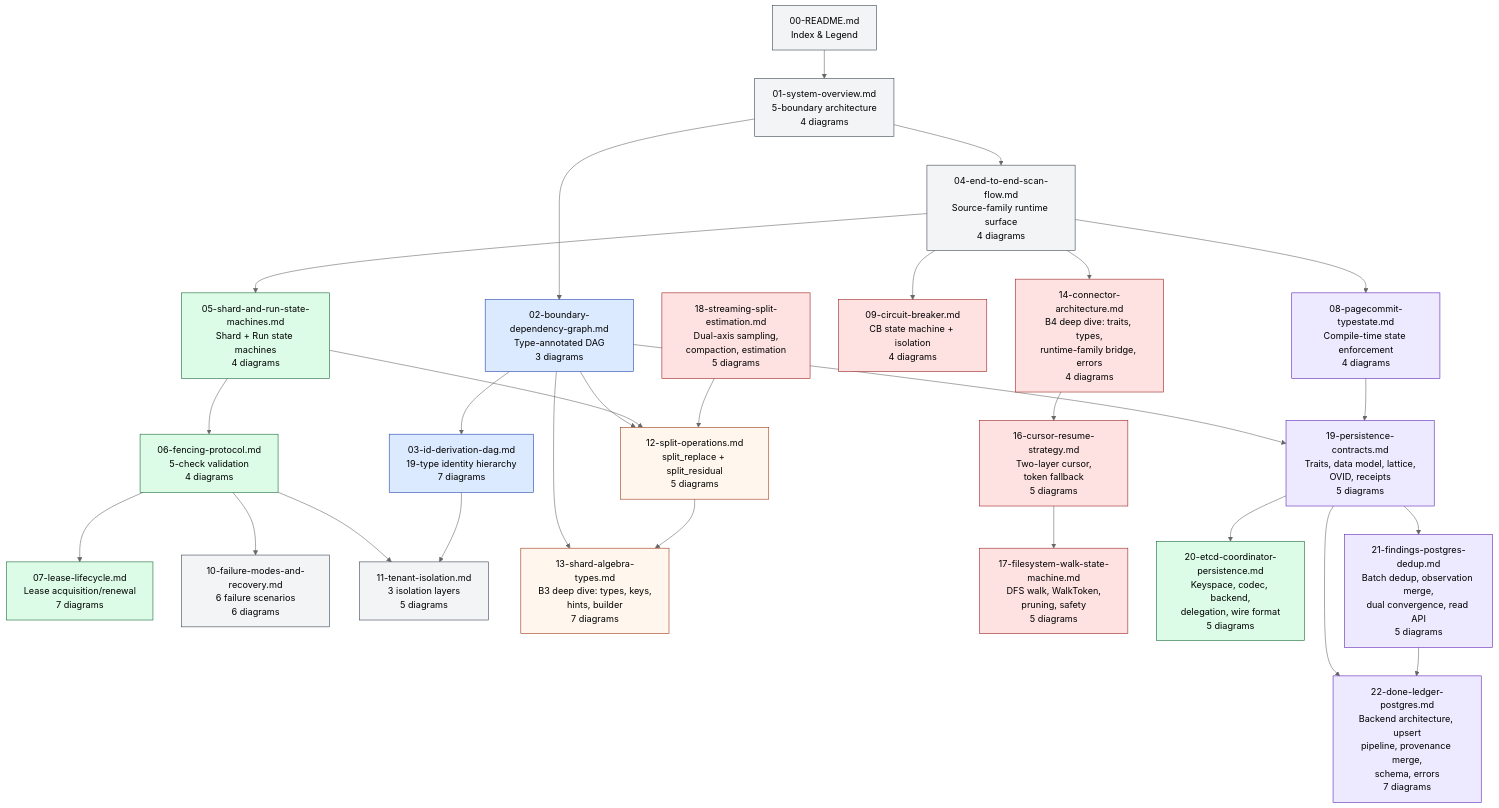
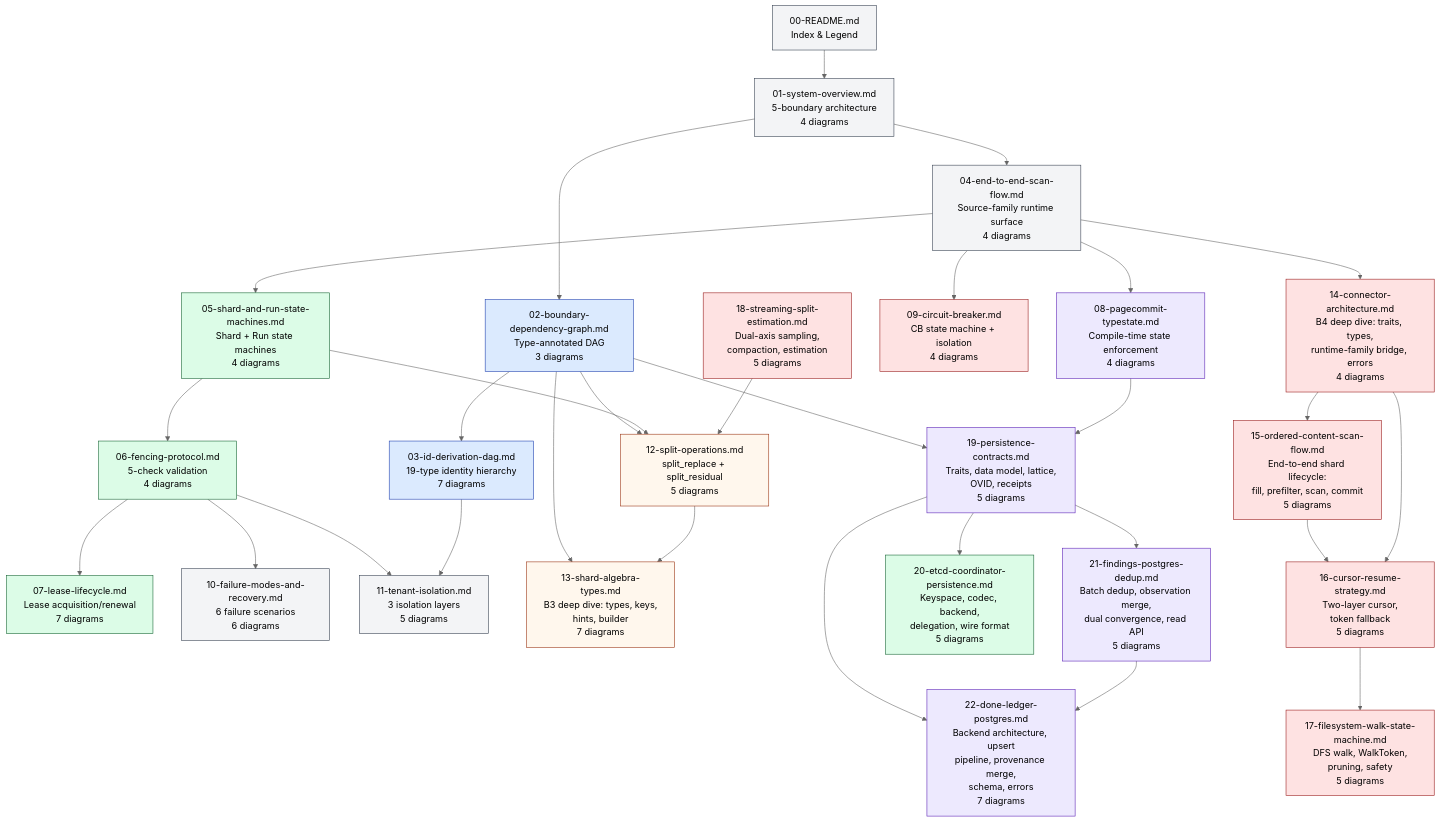
The diagram in diagrams/00-README.md (ahrav/Gossip-rs), drawn with Mermaid (neutral theme) before and after one commit. The commit also changed other lines of this file and 1 other file, not shown here.

First line of the commit message:
Add diagram 15: ordered-content scan flow end-to-end reference

```diff
--- a/diagrams/00-README.md
+++ b/diagrams/00-README.md
@@ -50,6 +50,7 @@
     SP[12-split-operations.md<br/>split_replace + split_residual<br/>5 diagrams]
     SA[13-shard-algebra-types.md<br/>B3 deep dive: types, keys,<br/>hints, builder<br/>7 diagrams]
     CA[14-connector-architecture.md<br/>B4 deep dive: traits, types,<br/>runtime-family bridge, errors<br/>4 diagrams]
+    OCS[15-ordered-content-scan-flow.md<br/>End-to-end shard lifecycle:<br/>fill, prefilter, scan, commit<br/>5 diagrams]
     CR[16-cursor-resume-strategy.md<br/>Two-layer cursor,<br/>token fallback<br/>5 diagrams]
     FW[17-filesystem-walk-state-machine.md<br/>DFS walk, WalkToken,<br/>pruning, safety<br/>5 diagrams]
     SE[18-streaming-split-estimation.md<br/>Dual-axis sampling,<br/>compaction, estimation<br/>5 diagrams]
@@ -75,6 +76,8 @@
     BD --> SA
     SP --> SA
     E2E --> CA
+    CA --> OCS
+    OCS --> CR
     CA --> CR
     CR --> FW
     SE --> SP
@@ -100,6 +103,7 @@
     style SP fill:#FFF7ED,stroke:#9A3412
     style SA fill:#FFF7ED,stroke:#9A3412
     style CA fill:#FEE2E2,stroke:#991B1B
+    style OCS fill:#FEE2E2,stroke:#991B1B
     style CR fill:#FEE2E2,stroke:#991B1B
     style FW fill:#FEE2E2,stroke:#991B1B
     style SE fill:#FEE2E2,stroke:#991B1B
```
